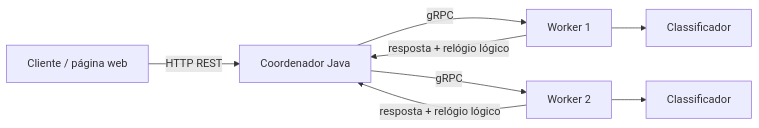
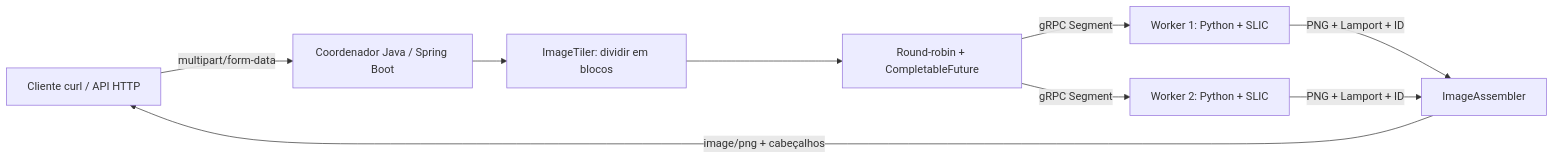
Before and after one commit to FelipeSilva96/Trabalho_pratico_computacao_distribuida: the diagram in README.md, drawn with Mermaid. The commit also changed other lines of this file, not shown here.

````diff
--- a/README.md
+++ b/README.md
@@ -19,10 +36,11 @@
 ```mermaid
 flowchart LR
-    U[Cliente / página web] -->|HTTP REST| C[Coordenador Java]
-    C -->|gRPC| W1[Worker 1]
-    C -->|gRPC| W2[Worker 2]
-    W1 --> M1[Classificador]
-    W2 --> M2[Classificador]
-    W1 -->|resposta + relógio lógico| C
-    W2 -->|resposta + relógio lógico| C
+    U[Cliente curl / API HTTP] -->|multipart/form-data| C[Coordenador Java / Spring Boot]
+    C --> T[ImageTiler: dividir em blocos]
+    T --> D[Round-robin + CompletableFuture]
+    D -->|gRPC Segment| W1[Worker 1: Python + SLIC]
+    D -->|gRPC Segment| W2[Worker 2: Python + SLIC]
+    W1 -->|PNG + Lamport + ID| A[ImageAssembler]
+    W2 -->|PNG + Lamport + ID| A
+    A -->|image/png + cabeçalhos| U
 ```
````
